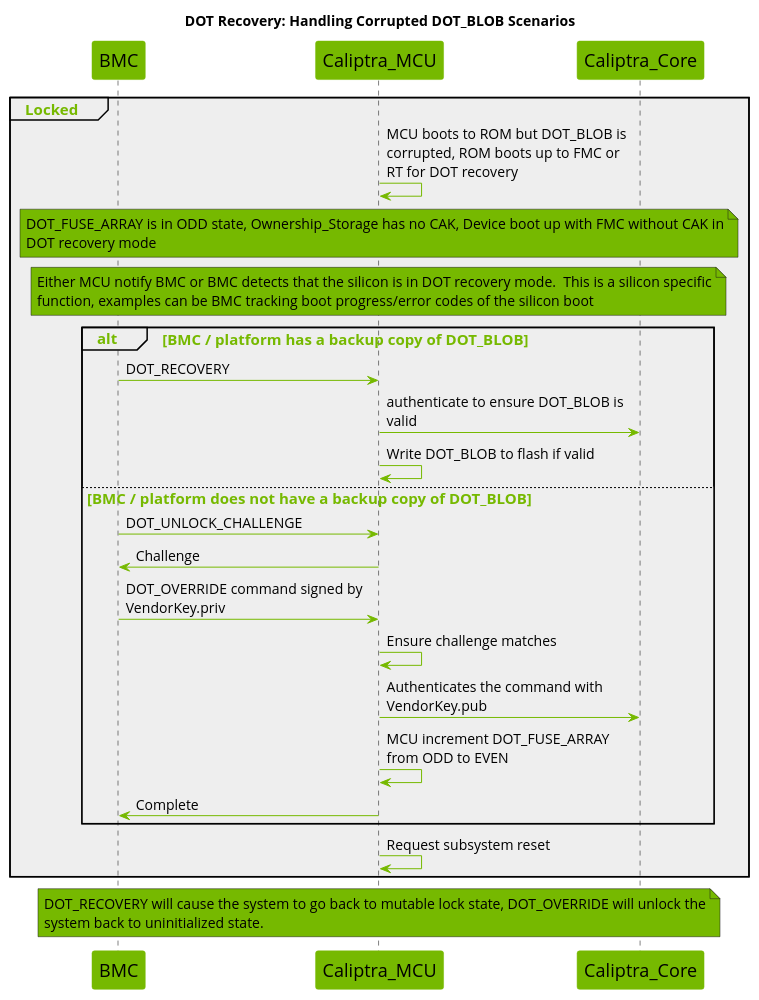
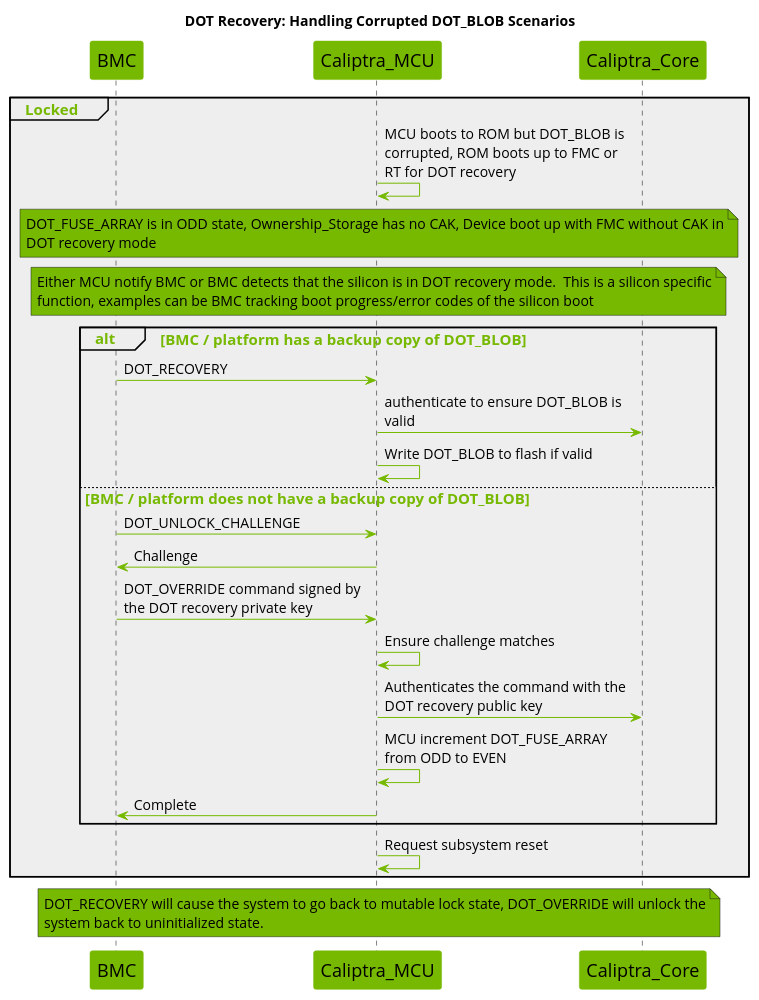
Before and after one commit to chipsalliance/caliptra-mcu-sw: the ninth of 9 diagrams in docs/src/dot.md, drawn with PlantUML. The commit also changed other lines of this file and 8 other files, not shown here.

Commit message:
dot: document direct runtime command flow

````diff
--- a/docs/src/dot.md
+++ b/docs/src/dot.md
@@ -1175,58 +1170,58 @@
 ```plantuml
 @startuml
 
 title DOT Recovery: Handling Corrupted DOT_BLOB Scenarios
 
 skinparam maxMessageSize 250
 skinparam wrapWidth 700
 skinparam backgroundColor white
 skinparam NoteBackgroundColor #76b900
 skinparam NoteFontSize 14
 skinparam SequenceGroupBodyBackgroundColor #EEEEEE
 skinparam defaultFontName Open Sans
 
 skinparam sequence {
     ArrowColor #76b900
     ActorBorderColor #76b900
     LifeLineBorderColor #000000
     LifeLineBackgroundColor #76b900
     GroupHeaderFontsize 15
     GroupHeaderFontColor #76b900
     GroupFontSize 15
     GroupFontColor #76b900
     ArrowFontSize 15
     ParticipantBorderColor #76b900
     ParticipantBackgroundColor #76b900
     ParticipantFontSize 18
     ParticipantFontColor black
     ArrowFontSize 14
 }
 
 participant BMC
 participant Caliptra_MCU
 participant Caliptra_Core
 
 group Locked
     Caliptra_MCU -> Caliptra_MCU : MCU boots to ROM but DOT_BLOB is corrupted, ROM boots up to FMC or RT for DOT recovery
     note across : DOT_FUSE_ARRAY is in ODD state, Ownership_Storage has no CAK, Device boot up with FMC without CAK in DOT recovery mode
     note across : Either MCU notify BMC or BMC detects that the silicon is in DOT recovery mode.  This is a silicon specific function, examples can be BMC tracking boot progress/error codes of the silicon boot
     alt BMC / platform has a backup copy of DOT_BLOB
         BMC -> Caliptra_MCU : DOT_RECOVERY
         Caliptra_MCU -> Caliptra_Core : authenticate to ensure DOT_BLOB is valid
         Caliptra_MCU -> Caliptra_MCU : Write DOT_BLOB to flash if valid
     else BMC / platform does not have a backup copy of DOT_BLOB
         BMC -> Caliptra_MCU : DOT_UNLOCK_CHALLENGE
         Caliptra_MCU -> BMC : Challenge
-        BMC -> Caliptra_MCU : DOT_OVERRIDE command signed by VendorKey.priv
+        BMC -> Caliptra_MCU : DOT_OVERRIDE command signed by the DOT recovery private key
         Caliptra_MCU -> Caliptra_MCU : Ensure challenge matches
-        Caliptra_MCU -> Caliptra_Core : Authenticates the command with VendorKey.pub
+        Caliptra_MCU -> Caliptra_Core : Authenticates the command with the DOT recovery public key
         Caliptra_MCU -> Caliptra_MCU : MCU increment DOT_FUSE_ARRAY from ODD to EVEN
         Caliptra_MCU -> BMC : Complete
     end
     Caliptra_MCU -> Caliptra_MCU : Request subsystem reset
 end
 note across : DOT_RECOVERY will cause the system to go back to mutable lock state, DOT_OVERRIDE will unlock the system back to uninitialized state.
 
 
 @enduml
 ```
````
